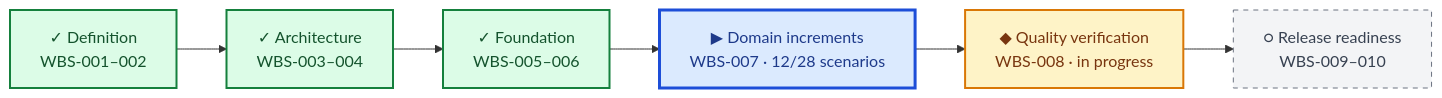
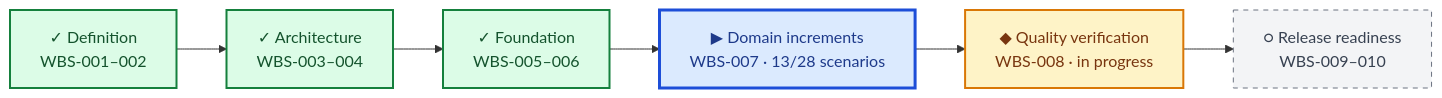
The diagram in DASHBOARD/PROGRESS.md (stoarch/testA2), drawn with Mermaid before and after one commit. The commit also changed other lines of this file and 19 other files, not shown here.

````diff
--- a/DASHBOARD/PROGRESS.md
+++ b/DASHBOARD/PROGRESS.md
@@ -7,17 +7,17 @@
 ```mermaid
 flowchart LR
     M1["✓ Definition<br/>WBS-001–002"] --> M2["✓ Architecture<br/>WBS-003–004"]
     M2 --> M3["✓ Foundation<br/>WBS-005–006"]
-    M3 --> M4["▶ Domain increments<br/>WBS-007 · 12/28 scenarios"]
+    M3 --> M4["▶ Domain increments<br/>WBS-007 · 13/28 scenarios"]
     M4 --> M5["◆ Quality verification<br/>WBS-008 · in progress"]
     M5 --> M6["○ Release readiness<br/>WBS-009–010"]
 
     classDef done fill:#dcfce7,stroke:#15803d,color:#14532d,stroke-width:2px;
     classDef active fill:#dbeafe,stroke:#1d4ed8,color:#1e3a8a,stroke-width:3px;
     classDef parallel fill:#fef3c7,stroke:#d97706,color:#78350f,stroke-width:2px;
     classDef planned fill:#f3f4f6,stroke:#6b7280,color:#374151,stroke-dasharray:5 5;
     class M1,M2,M3 done;
     class M4 active;
     class M5 parallel;
     class M6 planned;
 ```
````
